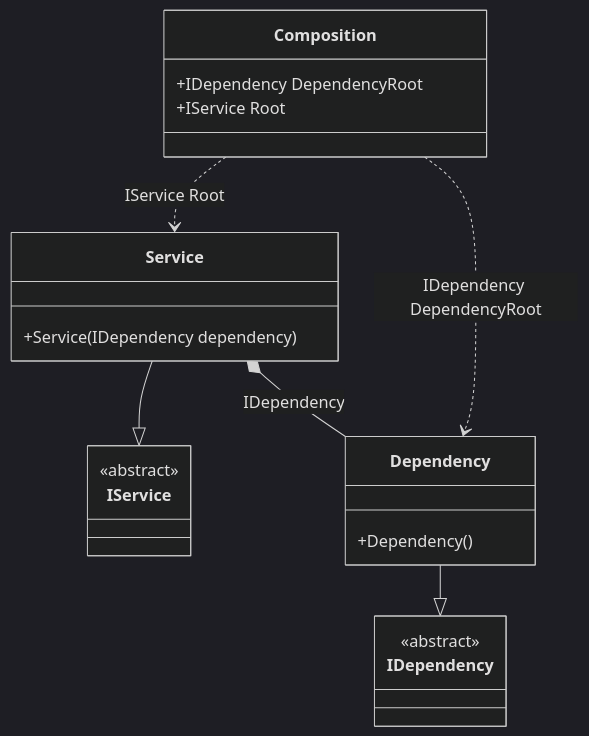
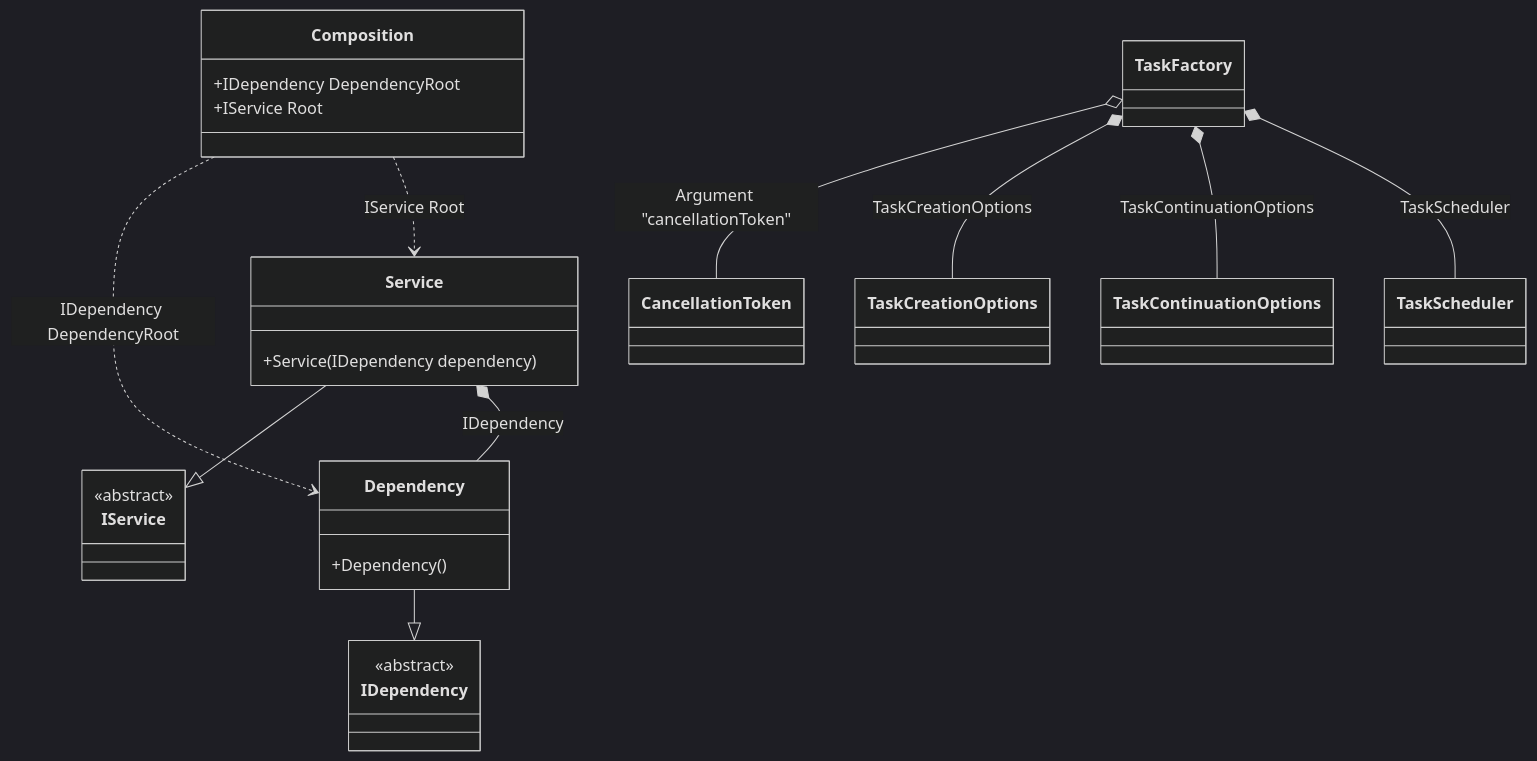
The diagram in readme/resolve-hint.md (DevTeam/Pure.DI), drawn with Mermaid (dark theme) before and after one commit. The commit also changed other lines of this file and 75 other files, not shown here.

````diff
--- a/readme/resolve-hint.md
+++ b/readme/resolve-hint.md
@@ -35,24 +35,33 @@
 ```mermaid
 classDiagram
   class Composition {
     +IDependency DependencyRoot
     +IService Root
   }
   Service --|> IService : 
   class Service {
     +Service(IDependency dependency)
   }
   Dependency --|> IDependency : 
   class Dependency {
     +Dependency()
   }
+  class TaskScheduler
+  class TaskCreationOptions
+  class TaskContinuationOptions
+  class TaskFactory
+  class CancellationToken
   class IService {
     <<abstract>>
   }
   class IDependency {
     <<abstract>>
   }
   Service *--  Dependency : IDependency
+  TaskFactory o-- CancellationToken : Argument "cancellationToken"
+  TaskFactory *--  TaskCreationOptions : TaskCreationOptions
+  TaskFactory *--  TaskContinuationOptions : TaskContinuationOptions
+  TaskFactory *--  TaskScheduler : TaskScheduler
   Composition ..> Dependency : IDependency DependencyRoot
   Composition ..> Service : IService Root
 ```
````
